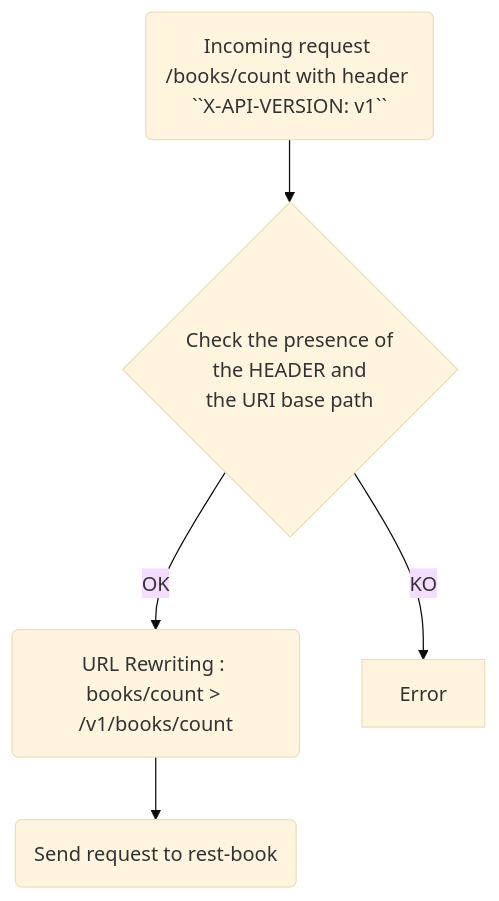
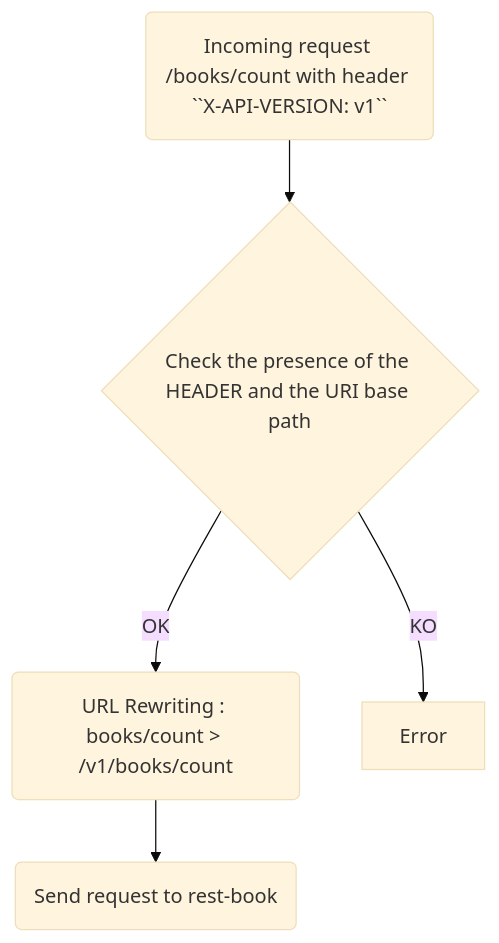
Before and after one commit to alexandre-touret/rest-apis-versioning-workshop: the diagram in docs/02-first_version.md, drawn with Mermaid (base theme). The commit also changed other lines of this file and 1 other file, not shown here.

````diff
--- a/docs/02-first_version.md
+++ b/docs/02-first_version.md
@@ -283,8 +283,8 @@
 ```mermaid
 flowchart TD
-    A(Incoming request /books/count with header ``X-API-VERSION: v1``) --> B{Check the presence of <br> the HEADER and <br> the URI base path}
+    A(Incoming request /books/count with header ``X-API-VERSION: v1``) --> B{Check the presence of the HEADER and the URI base path}
     B -->|OK| C(URL Rewriting : books/count > /v1/books/count )
     B -->|KO| D[Error]
     C -->E(Send request to rest-book)
 
 ```
````
